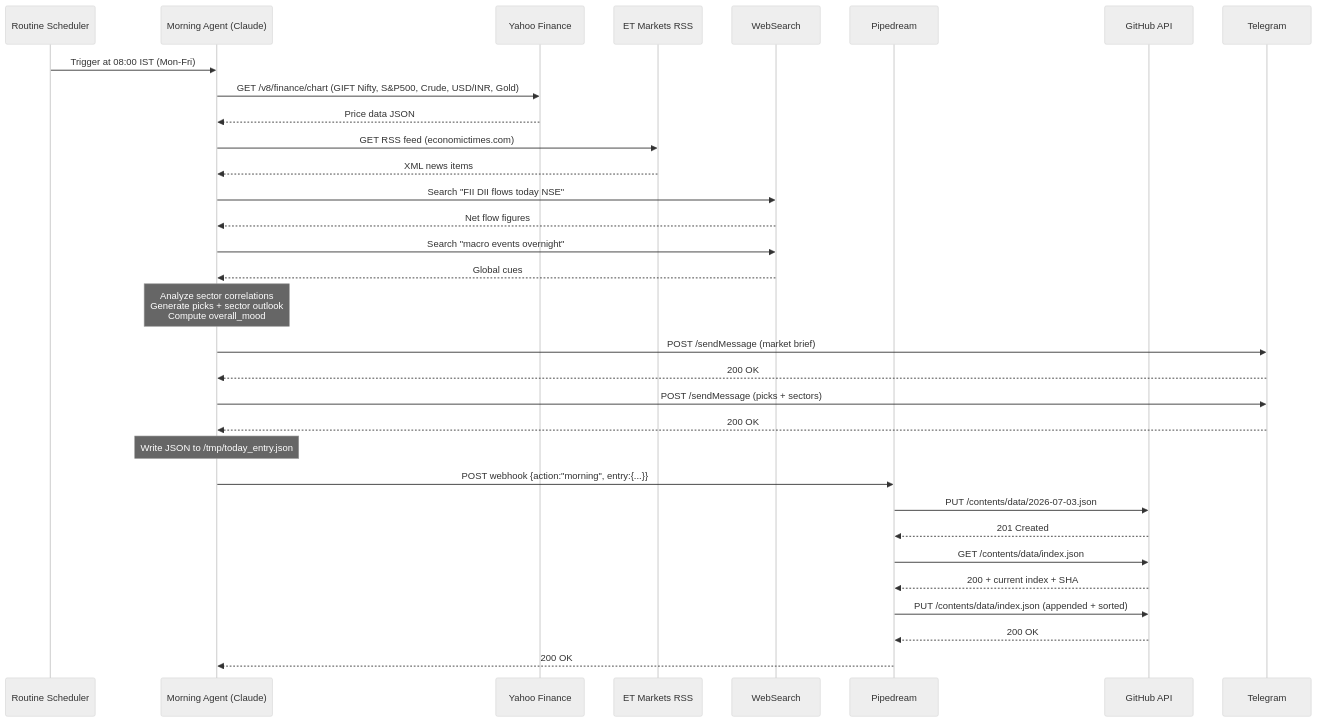
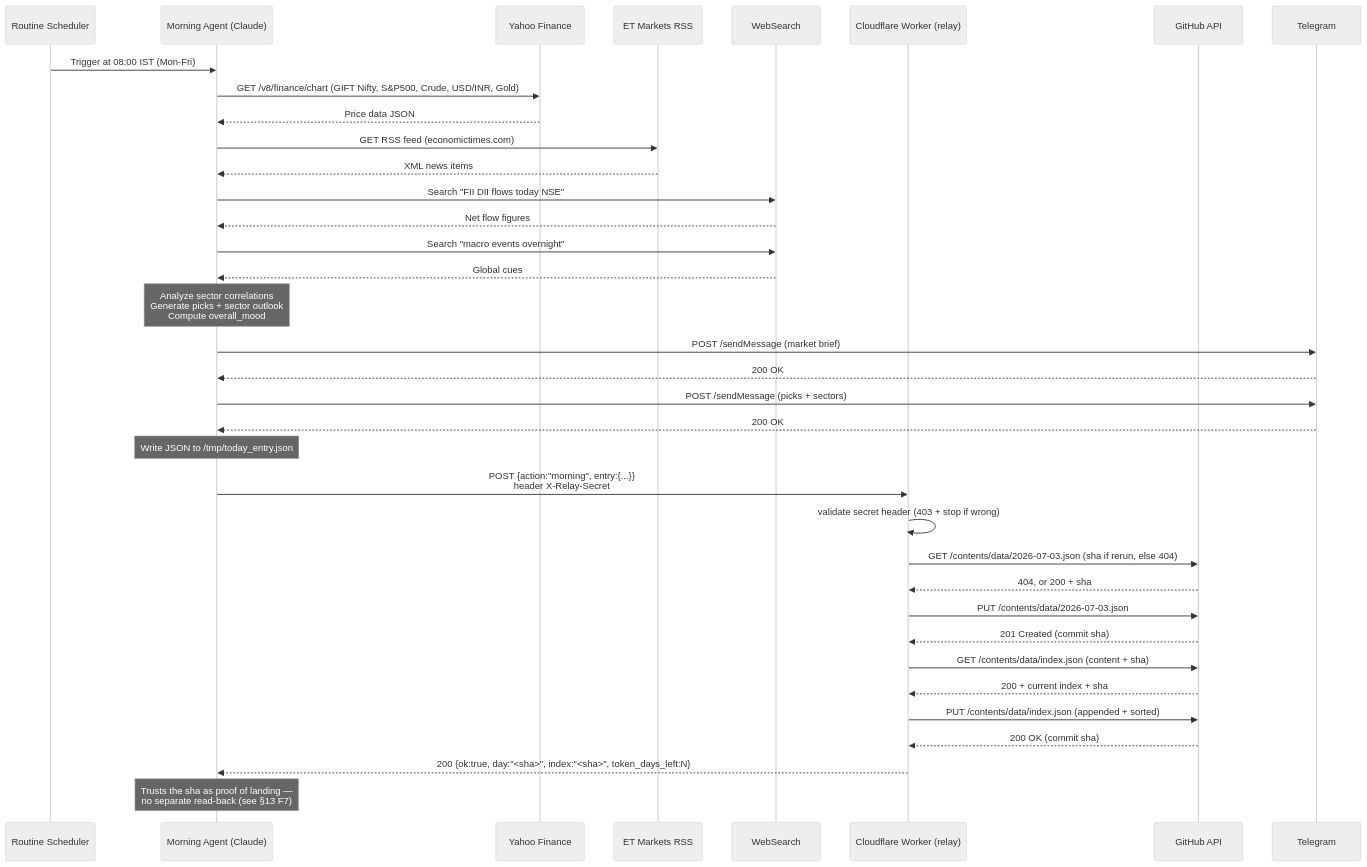
One commit to gahlautabhinav/stock-intelligence changed the first of 3 diagrams in ARCHITECTURE.md. Above: the diagram before and after it, drawn with Mermaid (neutral theme). The commit also changed other lines of this file and 2 other files, not shown here.

````diff
--- a/ARCHITECTURE.md
+++ b/ARCHITECTURE.md
@@ -1121,35 +1217,39 @@
 ```mermaid
 sequenceDiagram
     participant R as Routine Scheduler
     participant A as Morning Agent (Claude)
     participant YF as Yahoo Finance
     participant ET as ET Markets RSS
     participant WS as WebSearch
-    participant PD as Pipedream
+    participant W as Cloudflare Worker (relay)
     participant GH as GitHub API
     participant TG as Telegram
 
     R->>A: Trigger at 08:00 IST (Mon-Fri)
     A->>YF: GET /v8/finance/chart (GIFT Nifty, S&P500, Crude, USD/INR, Gold)
     YF-->>A: Price data JSON
     A->>ET: GET RSS feed (economictimes.com)
     ET-->>A: XML news items
     A->>WS: Search "FII DII flows today NSE"
     WS-->>A: Net flow figures
     A->>WS: Search "macro events overnight"
     WS-->>A: Global cues
     Note over A: Analyze sector correlations<br/>Generate picks + sector outlook<br/>Compute overall_mood
     A->>TG: POST /sendMessage (market brief)
     TG-->>A: 200 OK
     A->>TG: POST /sendMessage (picks + sectors)
     TG-->>A: 200 OK
     Note over A: Write JSON to /tmp/today_entry.json
-    A->>PD: POST webhook {action:"morning", entry:{...}}
-    PD->>GH: PUT /contents/data/2026-07-03.json
-    GH-->>PD: 201 Created
-    PD->>GH: GET /contents/data/index.json
-    GH-->>PD: 200 + current index + SHA
-    PD->>GH: PUT /contents/data/index.json (appended + sorted)
-    GH-->>PD: 200 OK
-    PD-->>A: 200 OK
+    A->>W: POST {action:"morning", entry:{...}}<br/>header X-Relay-Secret
+    W->>W: validate secret header (403 + stop if wrong)
+    W->>GH: GET /contents/data/2026-07-03.json (sha if rerun, else 404)
+    GH-->>W: 404, or 200 + sha
+    W->>GH: PUT /contents/data/2026-07-03.json
+    GH-->>W: 201 Created (commit sha)
+    W->>GH: GET /contents/data/index.json (content + sha)
+    GH-->>W: 200 + current index + sha
+    W->>GH: PUT /contents/data/index.json (appended + sorted)
+    GH-->>W: 200 OK (commit sha)
+    W-->>A: 200 {ok:true, day:"<sha>", index:"<sha>", token_days_left:N}
+    Note over A: Trusts the sha as proof of landing —<br/>no separate read-back (see §13 F7)
 ```
````
